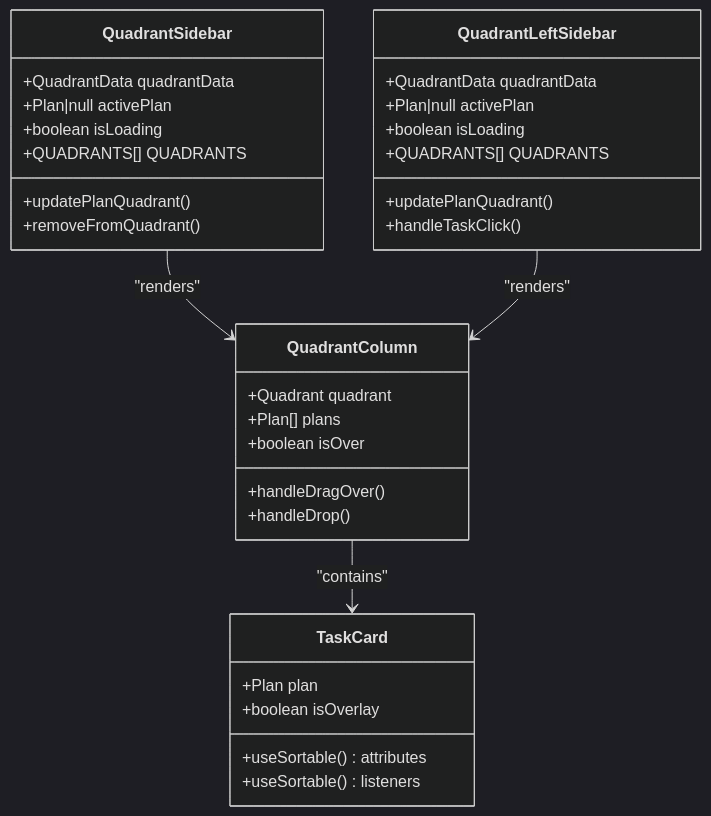
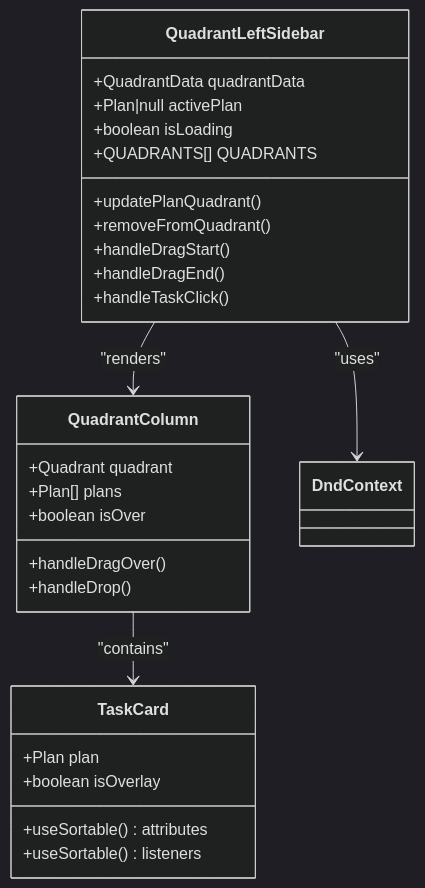
One commit to peixuanhu/goal-mate changed the third of 8 diagrams in .qoder/repowiki/en/content/UI Components/Drag-and-Drop Functionality.md. Above: the diagram before and after it, drawn with Mermaid (dark theme). The commit also changed other lines of this file and 3 other files, not shown here.

````diff
--- a/.qoder/repowiki/en/content/UI Components/Drag-and-Drop Functionality.md
+++ b/.qoder/repowiki/en/content/UI Components/Drag-and-Drop Functionality.md
@@ -114,35 +118,30 @@
 ```mermaid
 classDiagram
-class QuadrantSidebar {
+class QuadrantLeftSidebar {
 +QuadrantData quadrantData
 +Plan|null activePlan
 +boolean isLoading
 +QUADRANTS[] QUADRANTS
 +updatePlanQuadrant()
 +removeFromQuadrant()
-}
-class QuadrantLeftSidebar {
-+QuadrantData quadrantData
-+Plan|null activePlan
-+boolean isLoading
-+QUADRANTS[] QUADRANTS
-+updatePlanQuadrant()
++handleDragStart()
++handleDragEnd()
 +handleTaskClick()
 }
 class QuadrantColumn {
 +Quadrant quadrant
 +Plan[] plans
 +boolean isOver
 +handleDragOver()
 +handleDrop()
 }
 class TaskCard {
 +Plan plan
 +boolean isOverlay
 +useSortable() attributes
 +useSortable() listeners
 }
-QuadrantSidebar --> QuadrantColumn : "renders"
 QuadrantLeftSidebar --> QuadrantColumn : "renders"
 QuadrantColumn --> TaskCard : "contains"
+QuadrantLeftSidebar --> DndContext : "uses"
 ```
````
